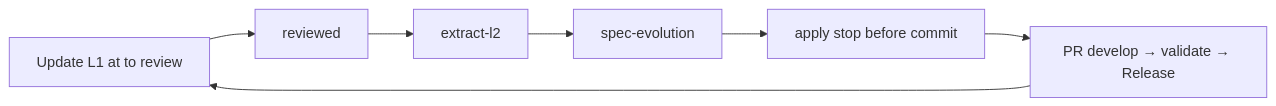
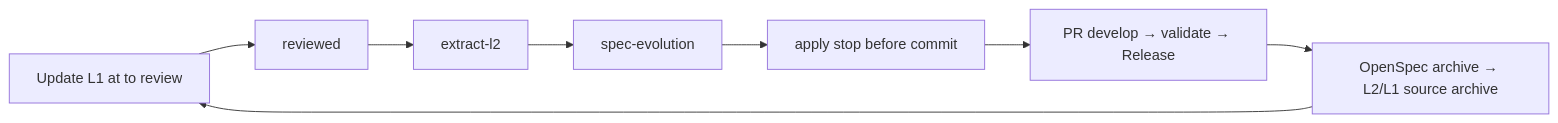
Before and after one commit to AdamAntinoo/neocom-meta: the tenth of 10 diagrams in .dsh/METHODOLOGY.md, drawn with Mermaid. The commit also changed other lines of this file and 17 other files, not shown here.

First line of the commit message:
feat(meta): mark develop-validated OpenSpec changes as applied

````diff
--- a/.dsh/METHODOLOGY.md
+++ b/.dsh/METHODOLOGY.md
@@ -508,9 +554,10 @@
 ```mermaid
 flowchart LR
   L1u["Update L1 at to review"] --> R[reviewed]
   R --> E[extract-l2]
   E --> S[spec-evolution]
   S --> A["apply stop before commit"]
   A --> P["PR develop → validate → Release"]
-  P --> L1u
+  P --> Arch["OpenSpec archive → L2/L1 source archive"]
+  Arch --> L1u
 ```
````
